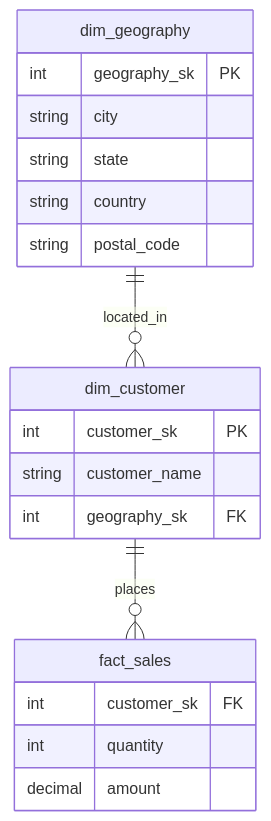
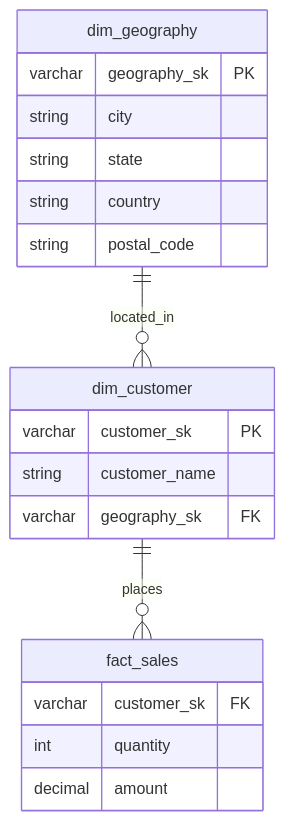
Before and after one commit to dyvenia/dim-modelling-docs: the second of 2 diagrams in src/patterns/outtrigger.md, drawn with Mermaid. The commit also changed other lines of this file and 8 other files, not shown here.

````diff
--- a/src/patterns/outtrigger.md
+++ b/src/patterns/outtrigger.md
@@ -56,26 +56,26 @@
 ```mermaid
 %%{init: {'layoutDirection': 'LR'}}%%
 erDiagram
     dim_geography ||--o{ dim_customer : "located_in"
     dim_customer ||--o{ fact_sales : "places"
 
     dim_geography {
-        int geography_sk PK
+        varchar geography_sk PK
         string city
         string state
         string country
         string postal_code
     }
 
     dim_customer {
-        int customer_sk PK
+        varchar customer_sk PK
         string customer_name
-        int geography_sk FK
+        varchar geography_sk FK
     }
 
     fact_sales {
-        int customer_sk FK
+        varchar customer_sk FK
         int quantity
         decimal amount
     }
 ```
````
